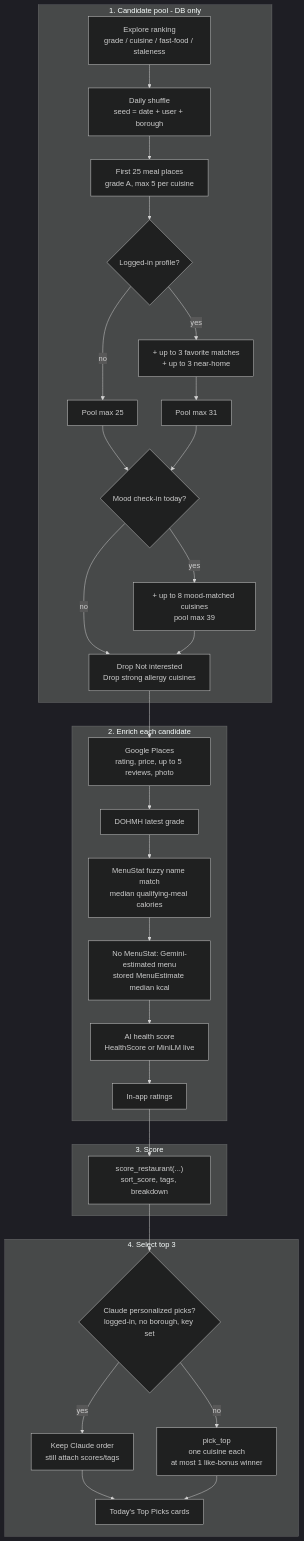
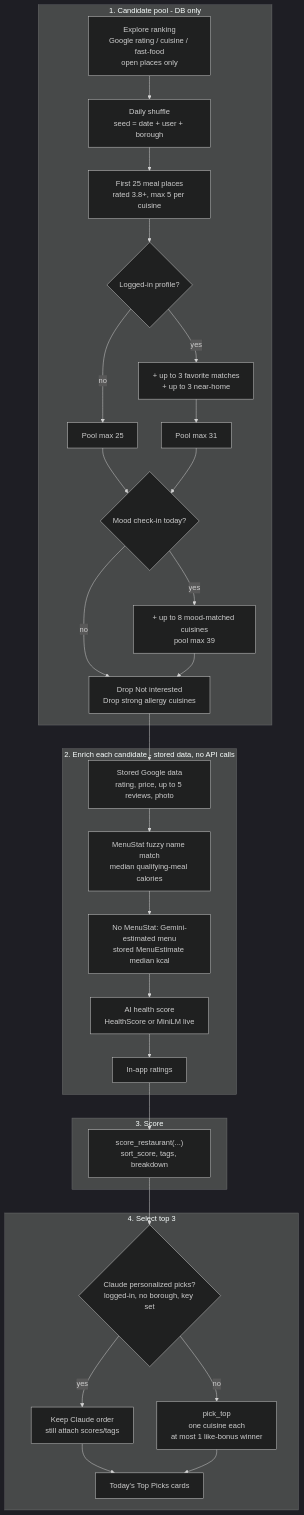
One commit to NovaBro/team-3-fall26 changed the first of 5 diagrams in md_guides/scoring-pipeline.md. Above: the diagram before and after it, drawn with Mermaid (dark theme). The commit also changed other lines of this file and 98 other files, not shown here.

First line of the commit message:
Source restaurants from Google Places instead of NYC inspection data.

````diff
--- a/md_guides/scoring-pipeline.md
+++ b/md_guides/scoring-pipeline.md
@@ -14,37 +14,36 @@
 ```mermaid
 flowchart TD
   subgraph candidates [1. Candidate pool - DB only]
-    A["Explore ranking<br/>grade / cuisine / fast-food / staleness"] --> B["Daily shuffle<br/>seed = date + user + borough"]
-    B --> C["First 25 meal places<br/>grade A, max 5 per cuisine"]
+    A["Explore ranking<br/>Google rating / cuisine / fast-food<br/>open places only"] --> B["Daily shuffle<br/>seed = date + user + borough"]
+    B --> C["First 25 meal places<br/>rated 3.8+, max 5 per cuisine"]
     C --> D{Logged-in profile?}
     D -->|yes| E["+ up to 3 favorite matches<br/>+ up to 3 near-home"]
     D -->|no| F["Pool max 25"]
     E --> F2["Pool max 31"]
     F --> MX{Mood check-in today?}
     F2 --> MX
     MX -->|yes| MY["+ up to 8 mood-matched cuisines<br/>pool max 39"]
     MX -->|no| G
     MY --> G["Drop Not interested<br/>Drop strong allergy cuisines"]
   end
 
-  subgraph enrich [2. Enrich each candidate]
-    G --> H["Google Places<br/>rating, price, up to 5 reviews, photo"]
-    H --> I[DOHMH latest grade]
-    I --> J["MenuStat fuzzy name match<br/>median qualifying-meal calories"]
+  subgraph enrich [2. Enrich each candidate - stored data, no API calls]
+    G --> H["Stored Google data<br/>rating, price, up to 5 reviews, photo"]
+    H --> J["MenuStat fuzzy name match<br/>median qualifying-meal calories"]
     J --> J2["No MenuStat: Gemini-estimated menu<br/>stored MenuEstimate median kcal"]
     J2 --> K["AI health score<br/>HealthScore or MiniLM live"]
     K --> L[In-app ratings]
   end
 
   subgraph score [3. Score]
     L --> M["score_restaurant(...)<br/>sort_score, tags, breakdown"]
   end
 
   subgraph select [4. Select top 3]
     M --> N{"Claude personalized picks?<br/>logged-in, no borough, key set"}
     N -->|yes| O["Keep Claude order<br/>still attach scores/tags"]
     N -->|no| P["pick_top<br/>one cuisine each<br/>at most 1 like-bonus winner"]
     O --> Q[Today's Top Picks cards]
     P --> Q
   end
 ```
````
